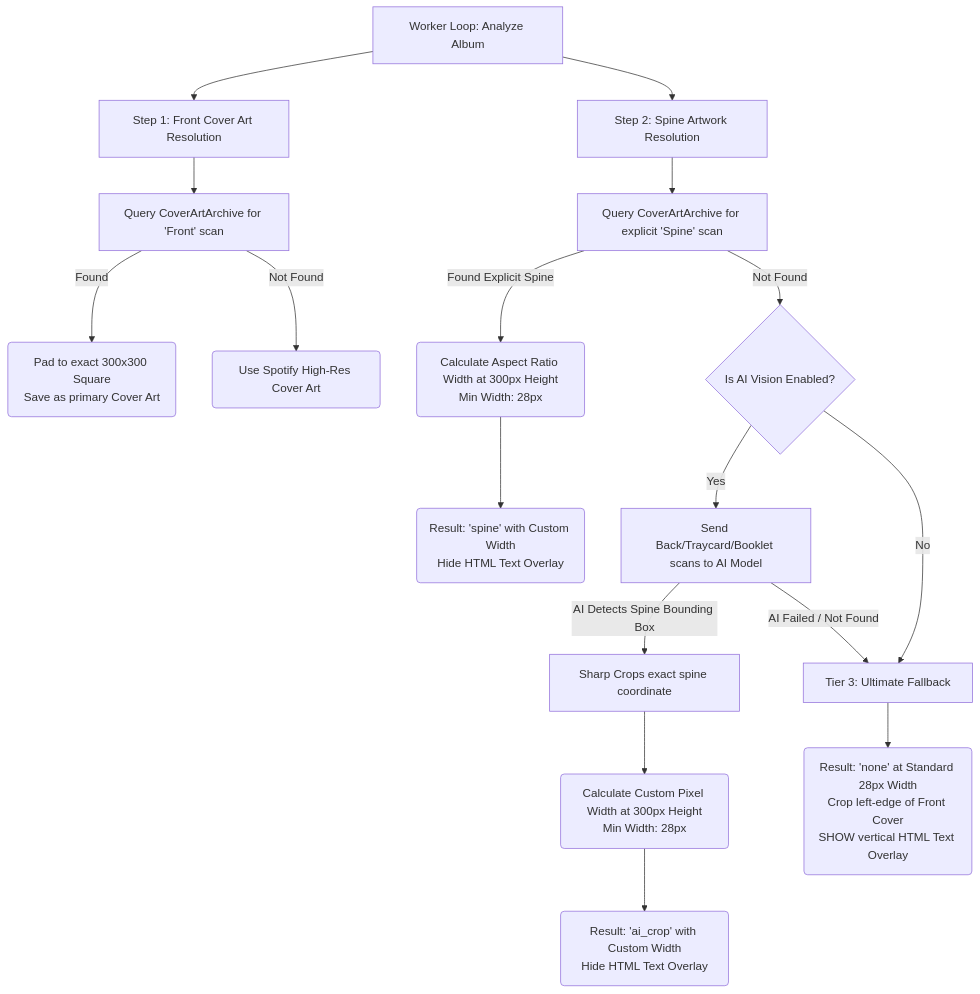
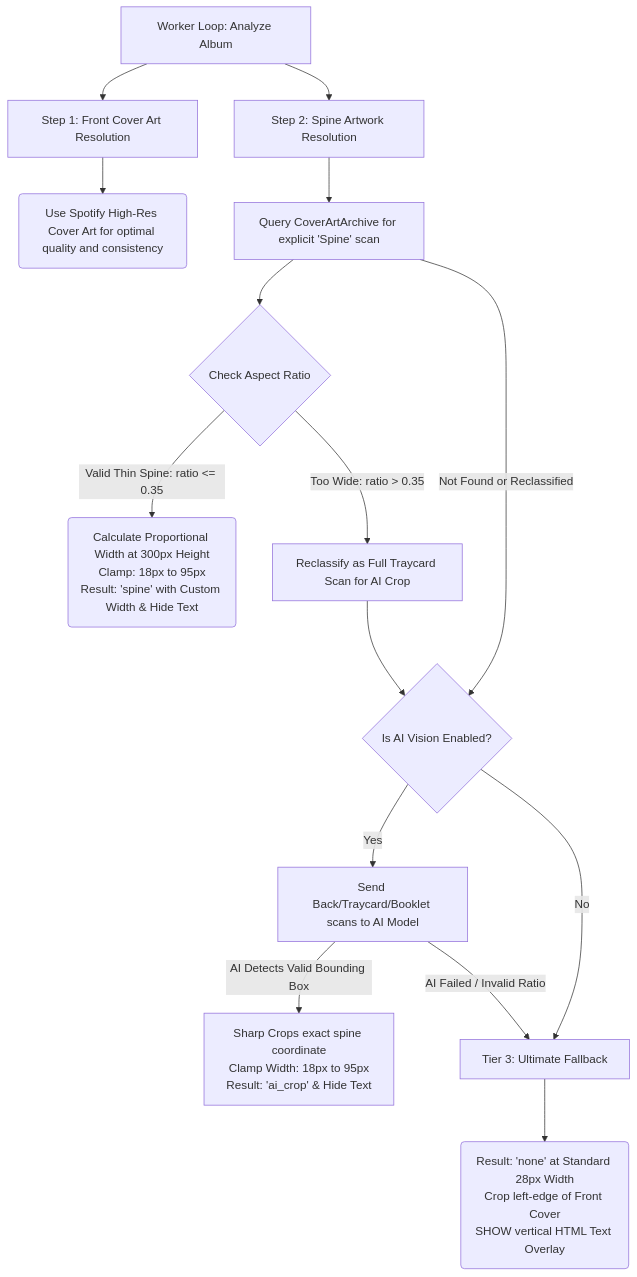
Before and after one commit to Adman1020/CD-Music-Display: the diagram in README.md, drawn with Mermaid. The commit also changed other lines of this file and 3 other files, not shown here.

Commit message:
Use consistent Spotify artwork for front covers and fix SQLite Docker volume persistence for AI settings

````diff
--- a/README.md
+++ b/README.md
@@ -65,25 +65,23 @@
 ```mermaid
 graph TD
     A[Worker Loop: Analyze Album] --> B[Step 1: Front Cover Art Resolution]
     A --> C[Step 2: Spine Artwork Resolution]
     
     %% Front Cover Workflow
-    B --> B1[Query CoverArtArchive for 'Front' scan]
-    B1 -->|Found| B2(Pad to exact 300x300 Square<br/>Save as primary Cover Art)
-    B1 -->|Not Found| B3(Use Spotify High-Res Cover Art)
+    B --> B1(Use Spotify High-Res Cover Art for optimal quality and consistency)
     
     %% Spine Workflow
     C --> C1[Query CoverArtArchive for explicit 'Spine' scan]
-    C1 -->|Found Explicit Spine| C2(Calculate Aspect Ratio Width at 300px Height<br/>Min Width: 28px)
-    C2 --> C3(Result: 'spine' with Custom Width<br/>Hide HTML Text Overlay)
+    C1 --> C2{Check Aspect Ratio}
+    C2 -->|Valid Thin Spine: ratio <= 0.35| C3(Calculate Proportional Width at 300px Height<br/>Clamp: 18px to 95px<br/>Result: 'spine' with Custom Width & Hide Text)
+    C2 -->|Too Wide: ratio > 0.35| C4[Reclassify as Full Traycard Scan for AI Crop]
     
-    C1 -->|Not Found| C4{Is AI Vision Enabled?}
-    C4 -->|Yes| C5[Send Back/Traycard/Booklet scans to AI Model]
-    C5 -->|AI Detects Spine Bounding Box| C6[Sharp Crops exact spine coordinate]
-    C6 --> C7(Calculate Custom Pixel Width at 300px Height<br/>Min Width: 28px)
-    C7 --> C8(Result: 'ai_crop' with Custom Width<br/>Hide HTML Text Overlay)
+    C1 -->|Not Found or Reclassified| C5{Is AI Vision Enabled?}
+    C4 --> C5
+    C5 -->|Yes| C6[Send Back/Traycard/Booklet scans to AI Model]
+    C6 -->|AI Detects Valid Bounding Box| C7[Sharp Crops exact spine coordinate<br/>Clamp Width: 18px to 95px<br/>Result: 'ai_crop' & Hide Text]
     
-    C5 -->|AI Failed / Not Found| C9[Tier 3: Ultimate Fallback]
-    C4 -->|No| C9
-    C9 --> C10(Result: 'none' at Standard 28px Width<br/>Crop left-edge of Front Cover<br/>SHOW vertical HTML Text Overlay)
+    C6 -->|AI Failed / Invalid Ratio| C8[Tier 3: Ultimate Fallback]
+    C5 -->|No| C8
+    C8 --> C9(Result: 'none' at Standard 28px Width<br/>Crop left-edge of Front Cover<br/>SHOW vertical HTML Text Overlay)
 ```
````
